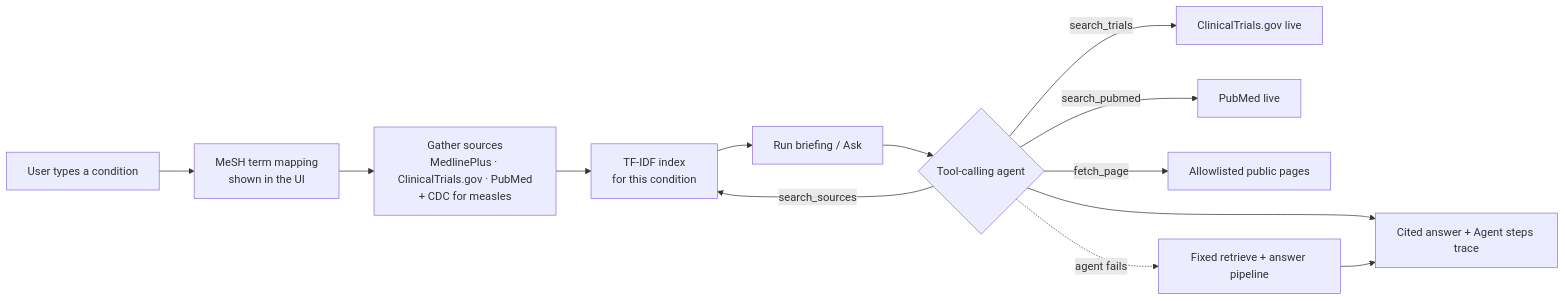
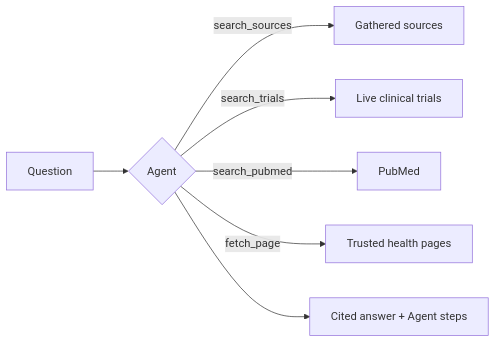
Before and after one commit to tydev-new/Demo-ConditionResearch: the diagram in README.md, drawn with Mermaid. The commit also changed other lines of this file, not shown here.

Commit message:
README: brief How it works, highlight the agent and search

````diff
--- a/README.md
+++ b/README.md
@@ -19,15 +21,9 @@
 ```mermaid
 flowchart LR
-    A[User types a condition] --> B[MeSH term mapping<br/>shown in the UI]
-    B --> C[Gather sources<br/>MedlinePlus · ClinicalTrials.gov · PubMed<br/>+ CDC for measles]
-    C --> D[TF-IDF index<br/>for this condition]
-    D --> E[Run briefing / Ask]
-    E --> F{Tool-calling agent}
-    F -->|search_sources| D
-    F -->|search_trials| G[ClinicalTrials.gov live]
-    F -->|search_pubmed| H[PubMed live]
-    F -->|fetch_page| I[Allowlisted public pages]
-    F --> J[Cited answer + Agent steps trace]
-    F -.agent fails.-> K[Fixed retrieve + answer pipeline]
-    K --> J
+    Q[Question] --> A{Agent}
+    A -->|search_sources| S[Gathered sources]
+    A -->|search_trials| T[Live clinical trials]
+    A -->|search_pubmed| P[PubMed]
+    A -->|fetch_page| W[Trusted health pages]
+    A --> R[Cited answer + Agent steps]
 ```
````
